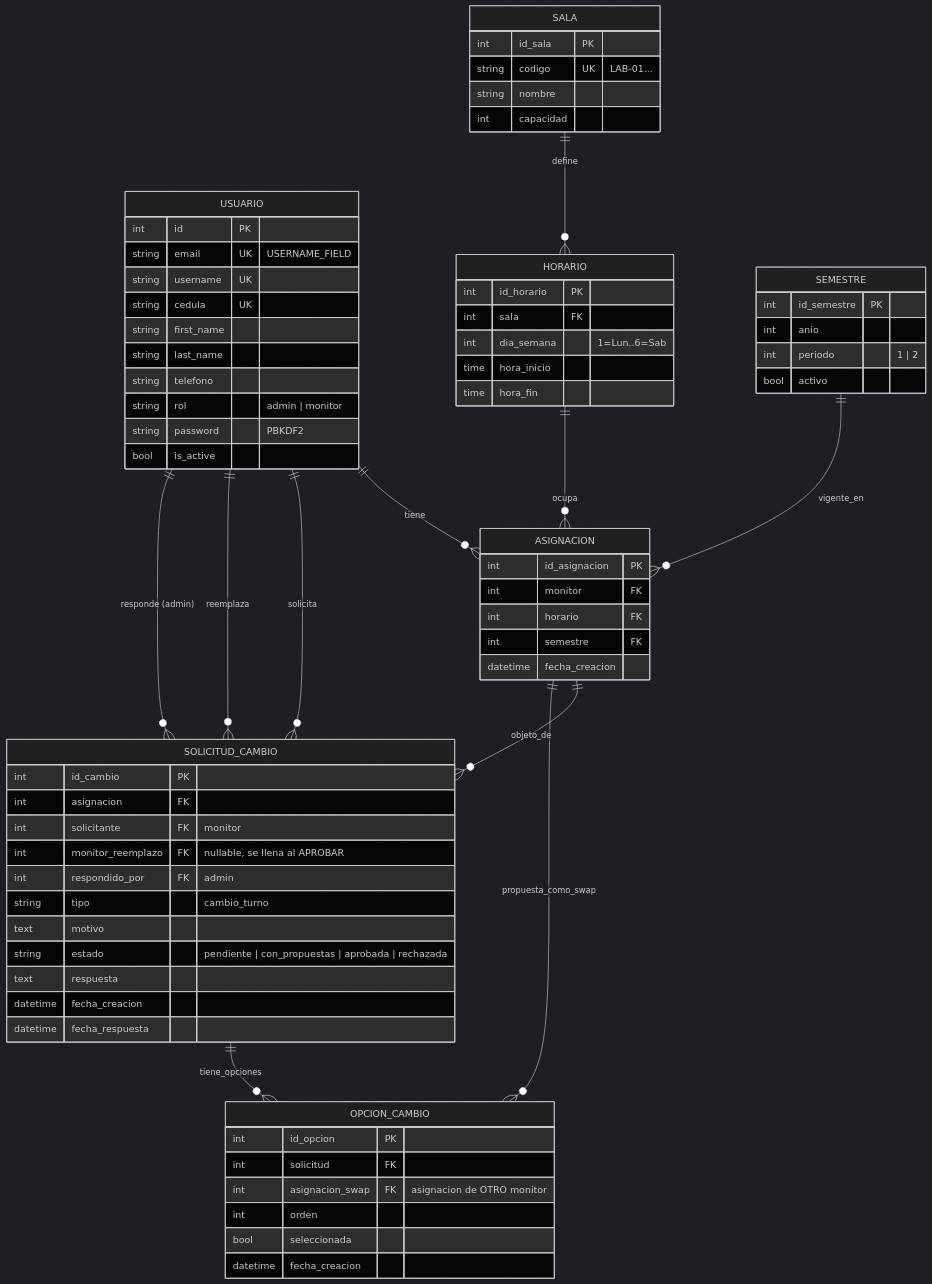
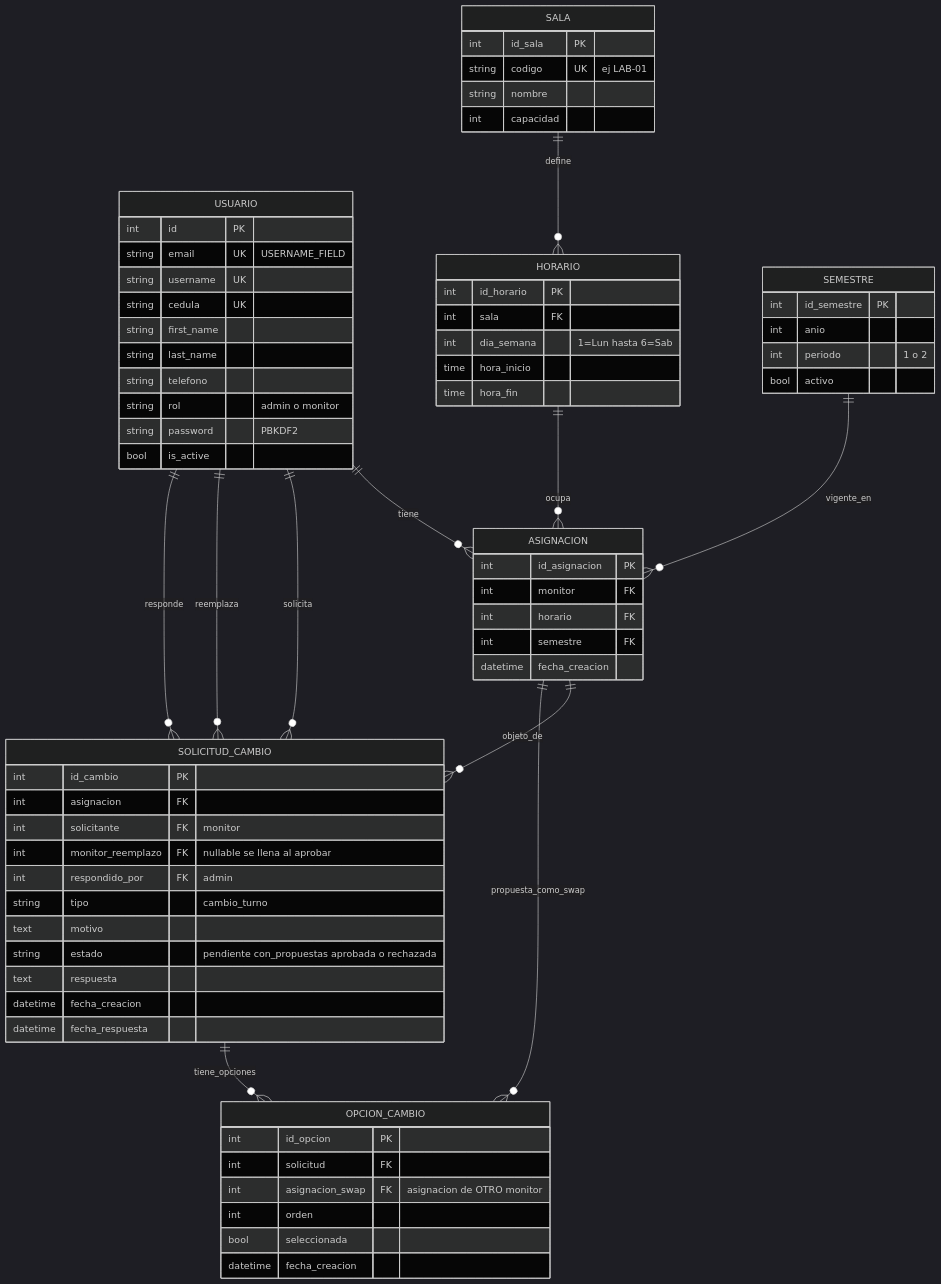
One commit to FilipaoVfx/Sistema-de-gestion-de-monitores changed the second of 10 diagrams in README.md. Above: the diagram before and after it, drawn with Mermaid (dark theme). The commit also changed other lines of this file, not shown here.

Commit message:
docs(readme): sanitiza diagramas Mermaid para GitHub renderer

````diff
--- a/README.md
+++ b/README.md
@@ -125,81 +125,81 @@
 ```mermaid
 erDiagram
-    USUARIO ||--o{ ASIGNACION : "tiene"
-    USUARIO ||--o{ SOLICITUD_CAMBIO : "solicita"
-    USUARIO ||--o{ SOLICITUD_CAMBIO : "reemplaza"
-    USUARIO ||--o{ SOLICITUD_CAMBIO : "responde (admin)"
+    USUARIO ||--o{ ASIGNACION : tiene
+    USUARIO ||--o{ SOLICITUD_CAMBIO : solicita
+    USUARIO ||--o{ SOLICITUD_CAMBIO : reemplaza
+    USUARIO ||--o{ SOLICITUD_CAMBIO : responde
 
-    SALA ||--o{ HORARIO : "define"
-    HORARIO ||--o{ ASIGNACION : "ocupa"
-    SEMESTRE ||--o{ ASIGNACION : "vigente_en"
+    SALA ||--o{ HORARIO : define
+    HORARIO ||--o{ ASIGNACION : ocupa
+    SEMESTRE ||--o{ ASIGNACION : vigente_en
 
-    ASIGNACION ||--o{ SOLICITUD_CAMBIO : "objeto_de"
-    ASIGNACION ||--o{ OPCION_CAMBIO : "propuesta_como_swap"
-    SOLICITUD_CAMBIO ||--o{ OPCION_CAMBIO : "tiene_opciones"
+    ASIGNACION ||--o{ SOLICITUD_CAMBIO : objeto_de
+    ASIGNACION ||--o{ OPCION_CAMBIO : propuesta_como_swap
+    SOLICITUD_CAMBIO ||--o{ OPCION_CAMBIO : tiene_opciones
 
     USUARIO {
         int id PK
         string email UK "USERNAME_FIELD"
         string username UK
         string cedula UK
         string first_name
         string last_name
         string telefono
-        string rol "admin | monitor"
+        string rol "admin o monitor"
         string password "PBKDF2"
         bool is_active
     }
 
     SALA {
         int id_sala PK
-        string codigo UK "LAB-01..."
+        string codigo UK "ej LAB-01"
         string nombre
         int capacidad
     }
 
     HORARIO {
         int id_horario PK
         int sala FK
-        int dia_semana "1=Lun..6=Sab"
+        int dia_semana "1=Lun hasta 6=Sab"
         time hora_inicio
         time hora_fin
     }
 
     SEMESTRE {
         int id_semestre PK
         int anio
-        int periodo "1 | 2"
+        int periodo "1 o 2"
         bool activo
     }
 
     ASIGNACION {
         int id_asignacion PK
         int monitor FK
         int horario FK
         int semestre FK
         datetime fecha_creacion
     }
 
     SOLICITUD_CAMBIO {
         int id_cambio PK
         int asignacion FK
         int solicitante FK "monitor"
-        int monitor_reemplazo FK "nullable, se llena al APROBAR"
+        int monitor_reemplazo FK "nullable se llena al aprobar"
         int respondido_por FK "admin"
         string tipo "cambio_turno"
         text motivo
-        string estado "pendiente | con_propuestas | aprobada | rechazada"
+        string estado "pendiente con_propuestas aprobada o rechazada"
         text respuesta
         datetime fecha_creacion
         datetime fecha_respuesta
     }
 
     OPCION_CAMBIO {
         int id_opcion PK
         int solicitud FK
         int asignacion_swap FK "asignacion de OTRO monitor"
         int orden
         bool seleccionada
         datetime fecha_creacion
     }
 ```
````
